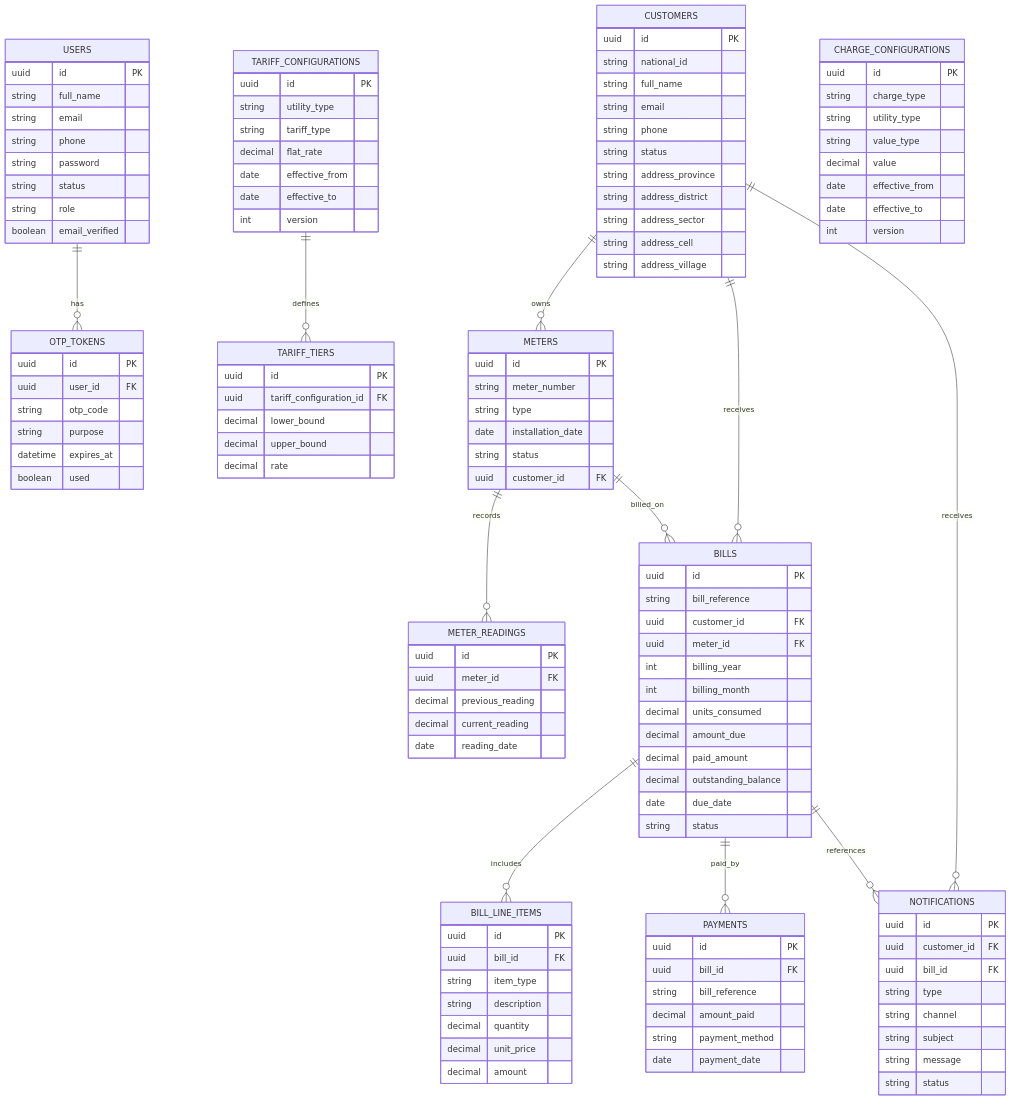
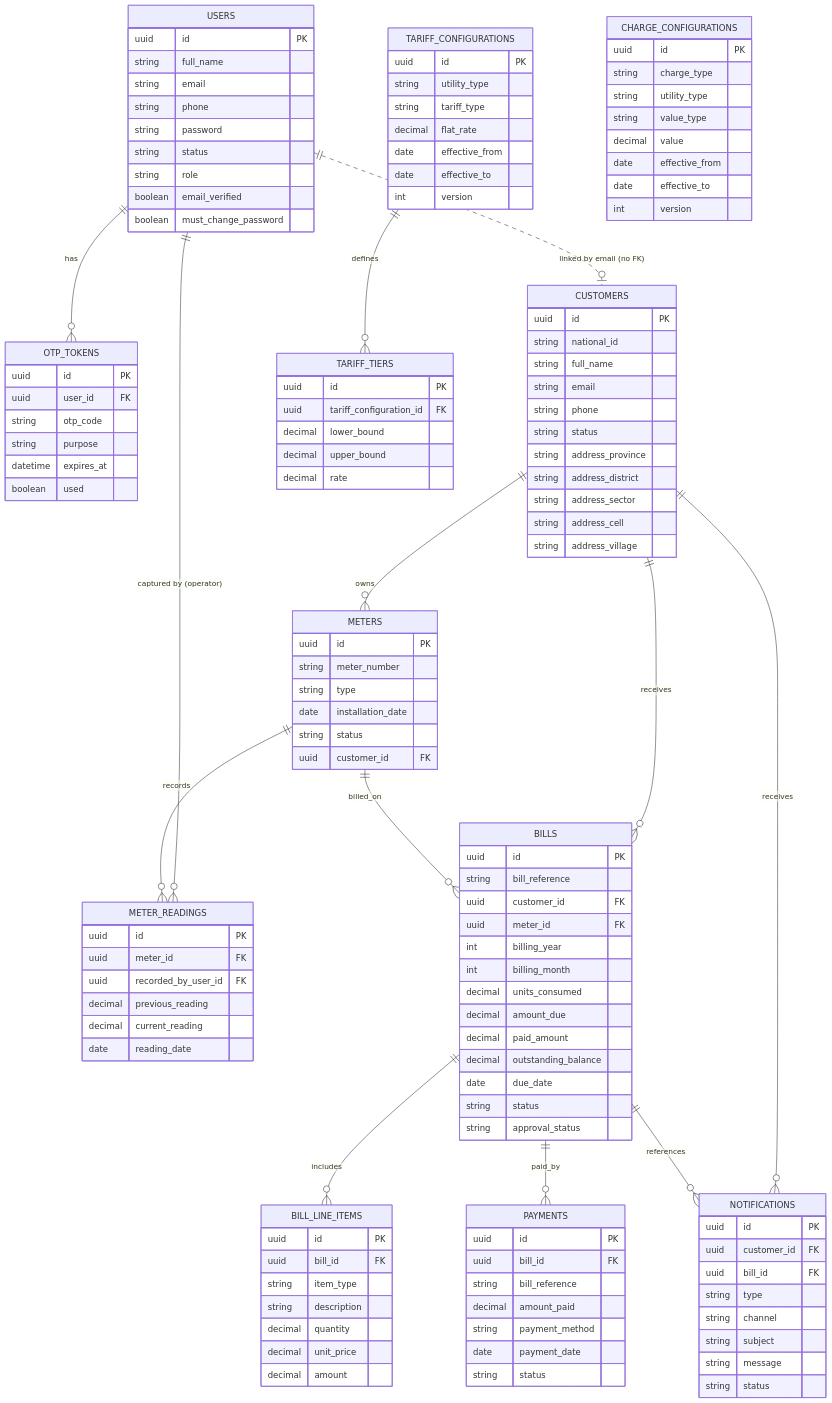
The diagram in docs/WASAC_ERD.md (mahingaRodin/WASAC_UTILITY-BILLING-Be), drawn with Mermaid before and after one commit. The commit also changed other lines of this file and 85 other files, not shown here.

Commit message:
docs: update architecture, testing assets and deployment configuration

````diff
--- a/docs/WASAC_ERD.md
+++ b/docs/WASAC_ERD.md
@@ -3,6 +8,8 @@
 ```mermaid
 erDiagram
     USERS ||--o{ OTP_TOKENS : has
+    USERS ||..o| CUSTOMERS : "linked by email (no FK)"
+    USERS ||--o{ METER_READINGS : "captured by (operator)"
     CUSTOMERS ||--o{ METERS : owns
     METERS ||--o{ METER_READINGS : records
     CUSTOMERS ||--o{ BILLS : receives
@@ -22,6 +29,7 @@
       string status
       string role
       boolean email_verified
+      boolean must_change_password
     }
     OTP_TOKENS {
       uuid id PK
@@ -55,6 +63,7 @@
     METER_READINGS {
       uuid id PK
       uuid meter_id FK
+      uuid recorded_by_user_id FK
       decimal previous_reading
       decimal current_reading
       date reading_date
@@ -98,6 +107,7 @@
       decimal outstanding_balance
       date due_date
       string status
+      string approval_status
     }
     BILL_LINE_ITEMS {
       uuid id PK
@@ -115,6 +125,7 @@
       decimal amount_paid
       string payment_method
       date payment_date
+      string status
     }
     NOTIFICATIONS {
       uuid id PK
````
